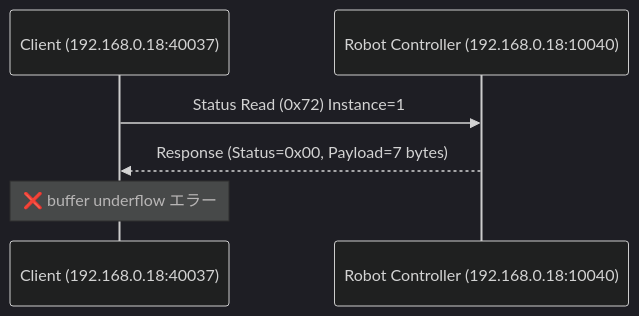
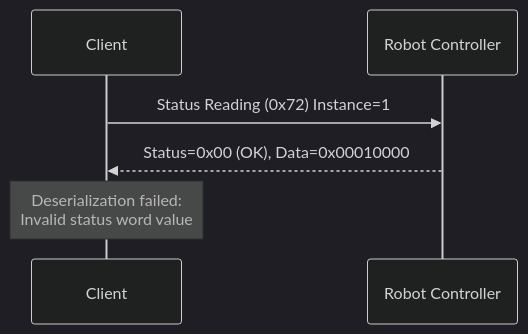
One commit to mamezou-tech/mamezou-tech-site changed the diagram in src/posts/robotics/yaskawa/yaskawa-hses-agent-skills.md. Above: the diagram before and after it, drawn with Mermaid (dark theme). The commit also changed other lines of this file, not shown here.

````diff
--- a/src/posts/robotics/yaskawa/yaskawa-hses-agent-skills.md
+++ b/src/posts/robotics/yaskawa/yaskawa-hses-agent-skills.md
@@ -267,9 +331,9 @@
 ```mermaid
 sequenceDiagram
-    participant C as Client (192.168.0.18:40037)
-    participant R as Robot Controller (192.168.0.18:10040)
+    participant C as Client
+    participant R as Robot Controller
 
-    C->>R: Status Read (0x72) Instance=1
-    R-->>C: Response (Status=0x00, Payload=7 bytes)
-    Note over C: ❌ buffer underflow エラー
+    C->>R: Status Reading (0x72) Instance=1
+    R-->>C: Status=0x00 (OK), Data=0x00010000
+    Note over C: Deserialization failed:<br/>Invalid status word value
 ```
````
